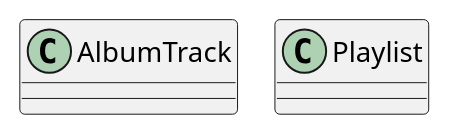
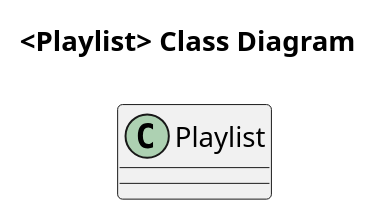
One commit to cybersister/bd-working-with-databases-music-playlist-service changed the seventh of 7 diagrams in src/resources/mastery-task1-music-playlist-CD.puml. Above: the diagram before and after it, drawn with PlantUML. The commit also changed other lines of this file and 5 other files, not shown here.

Commit message:
finished reading through the DESIGN_DOCUMENT ... started up again on the class diagrams, still need to finish the last two: <AlbumTrack> and <Playlist> ... getting ready for a learning assistant appointment right now to see why my test class for mt1 is not running

```diff
--- a/src/resources/mastery-task1-music-playlist-CD.puml
+++ b/src/resources/mastery-task1-music-playlist-CD.puml
@@ -196,11 +231,13 @@
 @startuml
 !pragma layout smetana
+
+title <Playlist> Class Diagram
+
+class Playlist
 
 
 
 
 
-class AlbumTrack
-class Playlist
 
 @enduml
```
